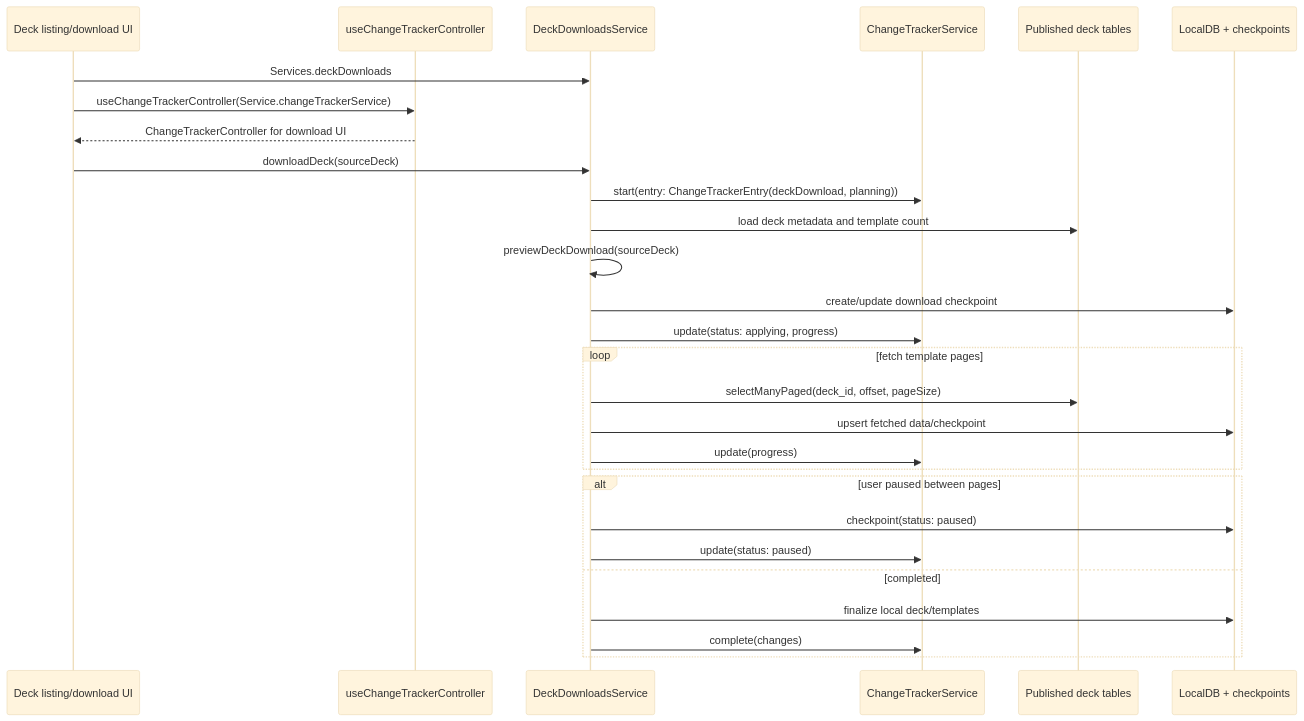
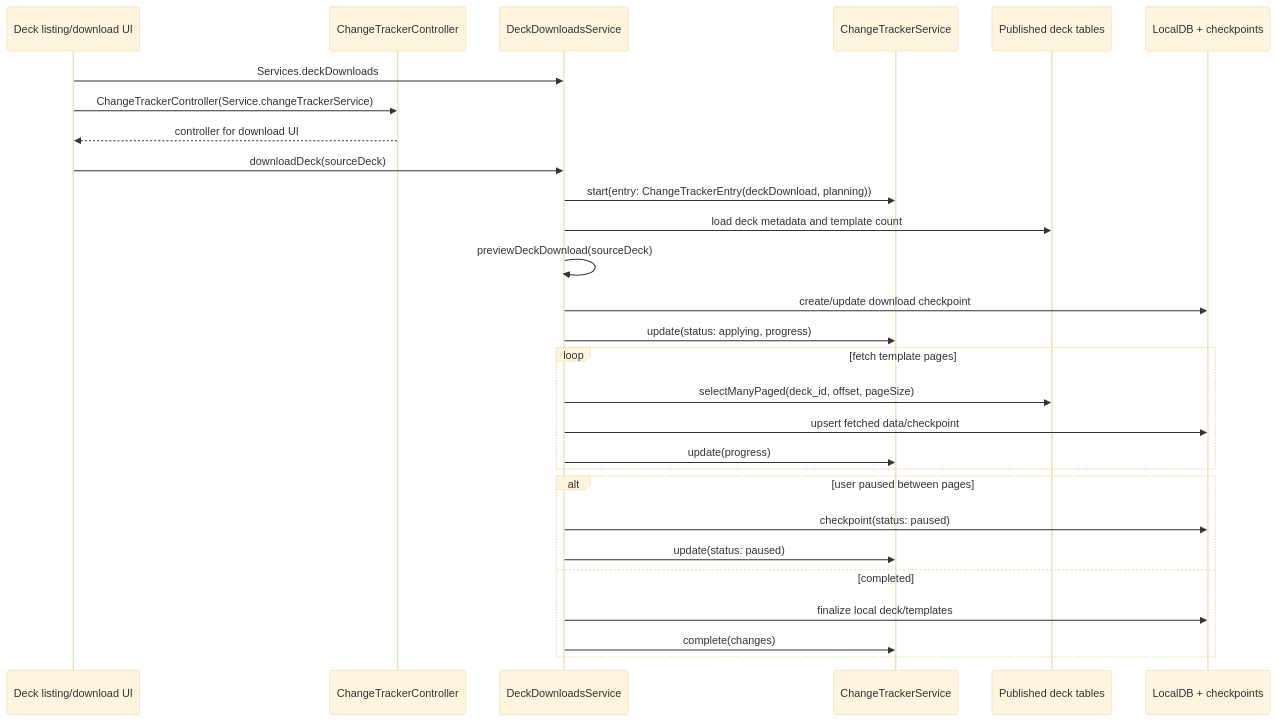
Before and after one commit to GuyWithBag/boo_mondai: the fourth of 5 diagrams in lib/features/change_tracker/documentation/change_tracker.md, drawn with Mermaid (base theme). The commit also changed other lines of this file and 461 other files, not shown here.

````diff
--- a/lib/features/change_tracker/documentation/change_tracker.md
+++ b/lib/features/change_tracker/documentation/change_tracker.md
@@ -177,33 +174,33 @@
 ```mermaid
 sequenceDiagram
     participant UI as Deck listing/download UI
-    participant Hook as useChangeTrackerController
+    participant Controller as ChangeTrackerController
     participant Service as DeckDownloadsService
     participant Tracker as ChangeTrackerService
     participant Remote as Published deck tables
     participant Local as LocalDB + checkpoints
 
     UI->>Service: Services.deckDownloads
-    UI->>Hook: useChangeTrackerController(Service.changeTrackerService)
-    Hook-->>UI: ChangeTrackerController for download UI
+    UI->>Controller: ChangeTrackerController(Service.changeTrackerService)
+    Controller-->>UI: controller for download UI
     UI->>Service: downloadDeck(sourceDeck)
     Service->>Tracker: start(entry: ChangeTrackerEntry(deckDownload, planning))
     Service->>Remote: load deck metadata and template count
     Service->>Service: previewDeckDownload(sourceDeck)
     Service->>Local: create/update download checkpoint
     Service->>Tracker: update(status: applying, progress)
 
     loop fetch template pages
         Service->>Remote: selectManyPaged(deck_id, offset, pageSize)
         Service->>Local: upsert fetched data/checkpoint
         Service->>Tracker: update(progress)
     end
 
     alt user paused between pages
         Service->>Local: checkpoint(status: paused)
         Service->>Tracker: update(status: paused)
     else completed
         Service->>Local: finalize local deck/templates
         Service->>Tracker: complete(changes)
     end
 ```
````
